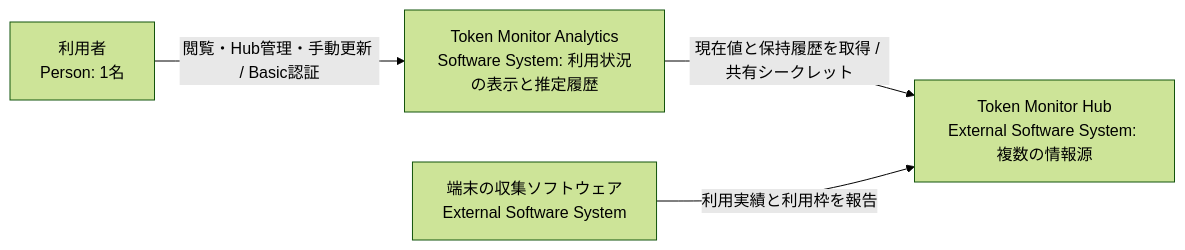
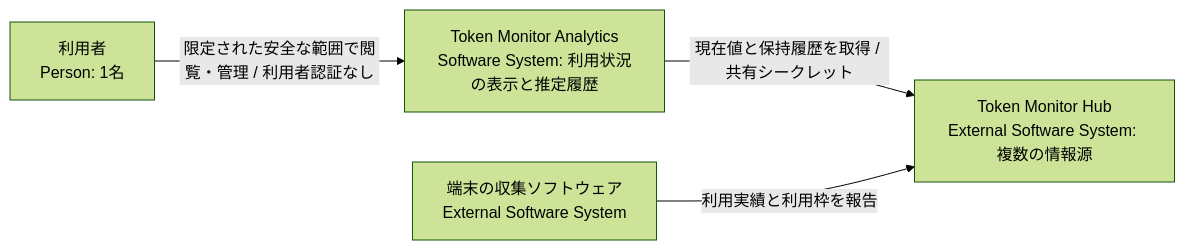
Before and after one commit to nuitsjp/token-monitor-analytics: the first of 4 diagrams in docs/architecture.md, drawn with Mermaid (forest theme). The commit also changed other lines of this file and 15 other files, not shown here.

````diff
--- a/docs/architecture.md
+++ b/docs/architecture.md
@@ -18,10 +18,10 @@
 ```mermaid
 flowchart LR
     Person["利用者<br/>Person: 1名"]
     Analytics["Token Monitor Analytics<br/>Software System: 利用状況の表示と推定履歴"]
     Hub["Token Monitor Hub<br/>External Software System: 複数の情報源"]
     Devices["端末の収集ソフトウェア<br/>External Software System"]
-    Person -->|閲覧・Hub管理・手動更新 / Basic認証| Analytics
+    Person -->|限定された安全な範囲で閲覧・管理 / 利用者認証なし| Analytics
     Analytics -->|現在値と保持履歴を取得 / 共有シークレット| Hub
     Devices -->|利用実績と利用枠を報告| Hub
 ```
````
